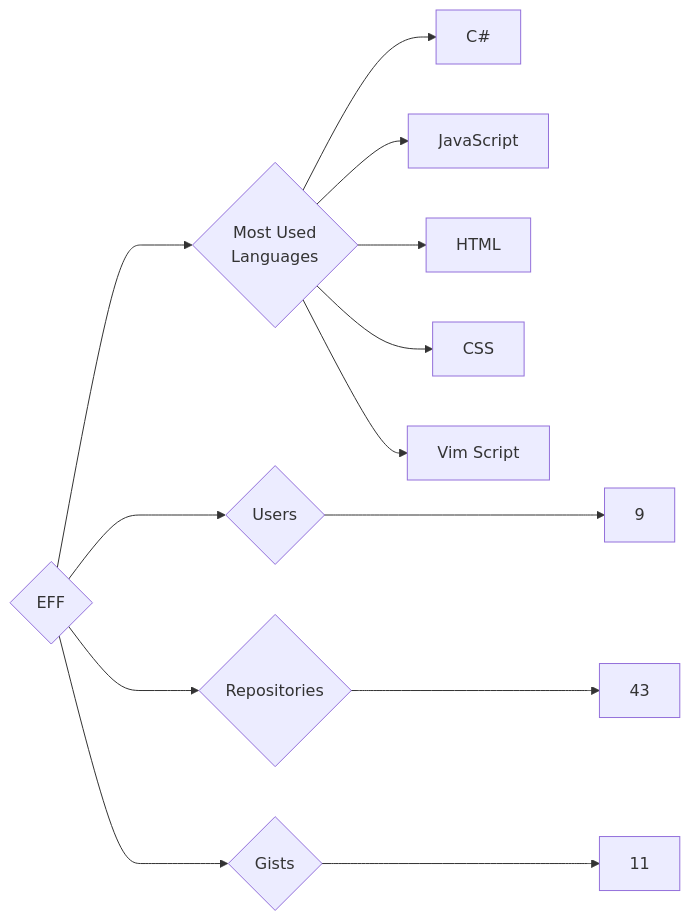
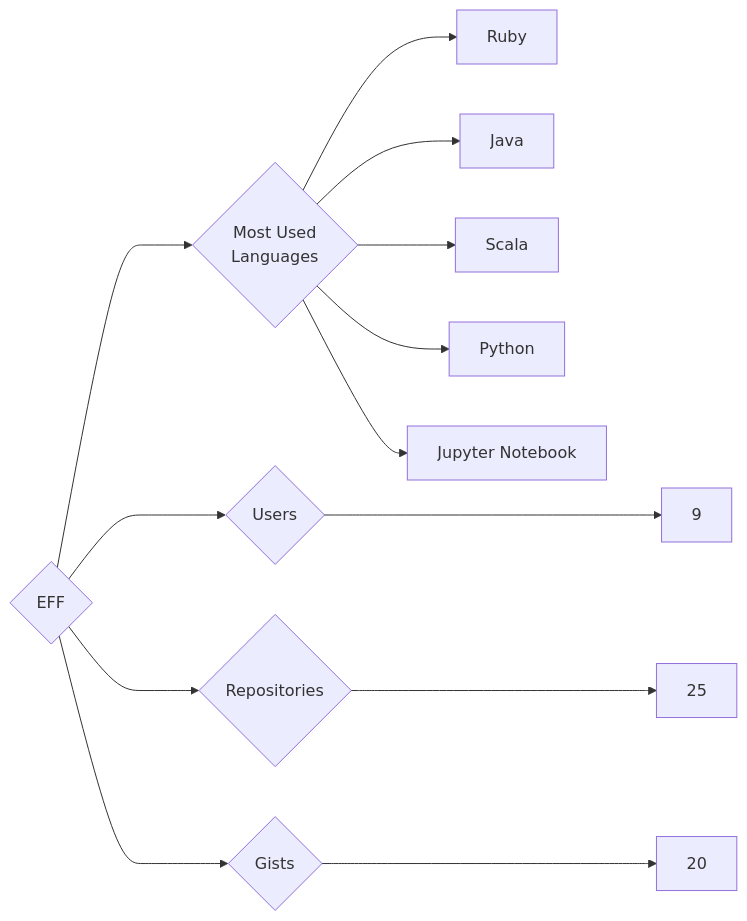
One commit to trickest/insiders changed the diagram in targets/EFF/README.md. Above: the diagram before and after it, drawn with Mermaid. The commit also changed 749 other files, not shown here.

````diff
--- a/targets/EFF/README.md
+++ b/targets/EFF/README.md
@@ -3,13 +3,13 @@
 ```mermaid
 graph LR
 COMPANY_NAME{EFF}
 COMPANY_NAME ---> U{Users} ---> UN[9]
-COMPANY_NAME ---> R{Repositories} ---> RN[43]
-COMPANY_NAME ---> G{Gists} ---> GN[11]
+COMPANY_NAME ---> R{Repositories} ---> RN[25]
+COMPANY_NAME ---> G{Gists} ---> GN[20]
 COMPANY_NAME ---> ML{Most Used<br>Languages}
-ML --> C#[C#]
-ML --> JavaScript[JavaScript]
-ML --> HTML[HTML]
-ML --> CSS[CSS]
-ML --> Vim_Script[Vim Script]
+ML --> Ruby[Ruby]
+ML --> Java[Java]
+ML --> Scala[Scala]
+ML --> Python[Python]
+ML --> Jupyter_Notebook[Jupyter Notebook]
 ```
````
